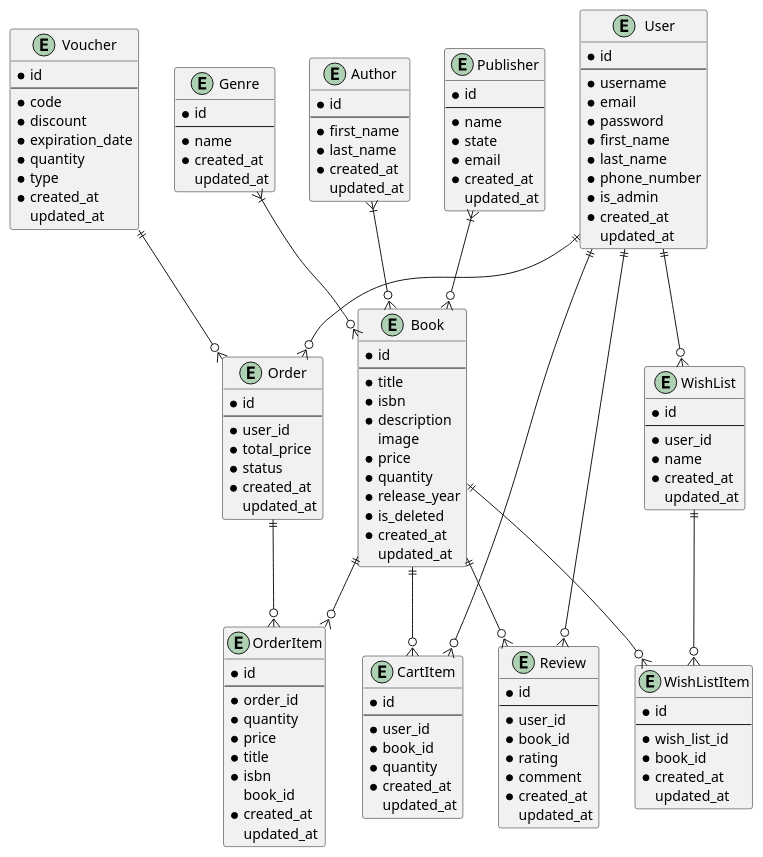
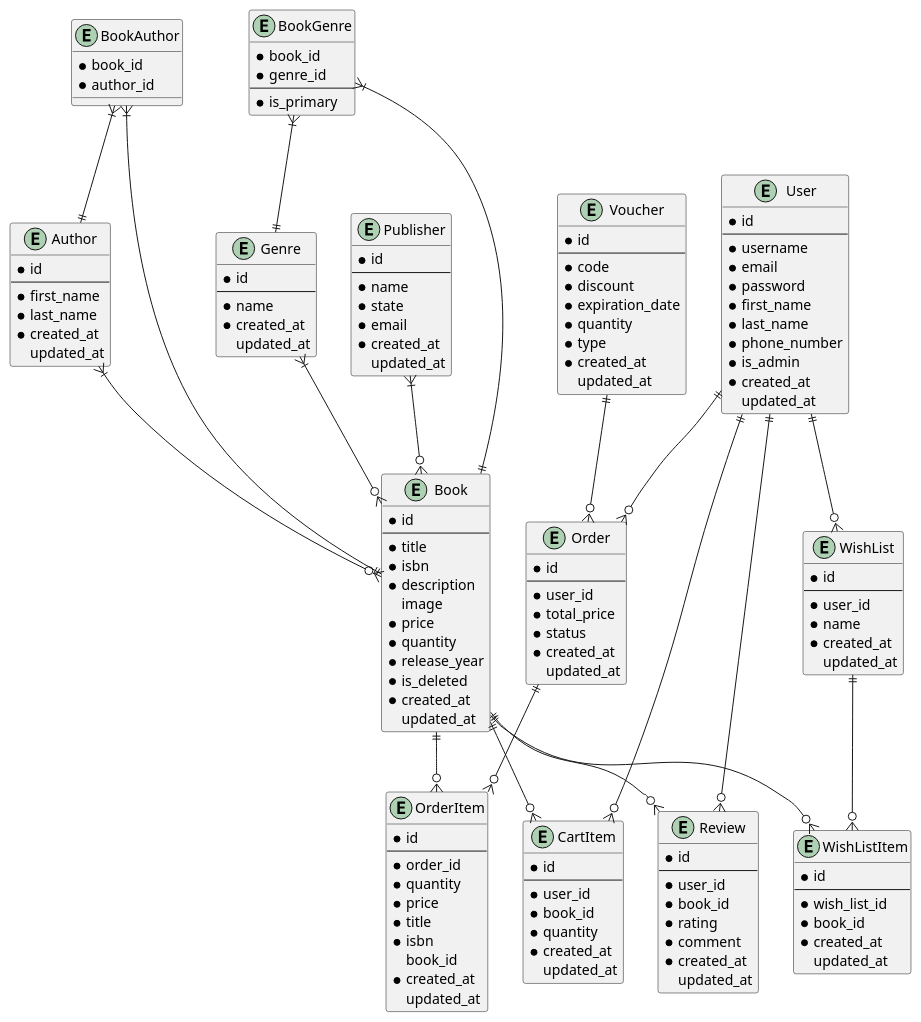
The diagram in Resources/Diagrams/ERD.puml (kacvinsky-tom/BookHub), drawn with PlantUML before and after one commit. The commit also changed 3 other files, not shown here.

Commit message:
update readme, erd diagram

```diff
--- a/Resources/Diagrams/ERD.puml
+++ b/Resources/Diagrams/ERD.puml
@@ -1,146 +1,162 @@
 @startuml
 entity User {
     *id
     --
     *username
     *email
     *password
     *first_name
     *last_name
     *phone_number
     *is_admin
     *created_at
     updated_at
 }
 
 entity Book {
     *id
     --
     *title
     *isbn
     *description
     image
     *price
     *quantity
     *release_year
     *is_deleted
     *created_at
     updated_at
 }
 
 entity Genre {
     *id
     --
     *name
     *created_at
     updated_at
+}
+
+entity BookGenre {
+    *book_id
+    *genre_id
+    --
+    *is_primary
+}
+
+entity BookAuthor {
+    *book_id
+    *author_id
 }
 
 entity Author {
     *id
     --
     *first_name
     *last_name
     *created_at
     updated_at
 }
 
 entity Publisher {
     *id
     --
     *name
     *state
     *email
     *created_at
     updated_at
 }
 
 entity Order {
     *id
     --
     *user_id
     *total_price
     *status
     *created_at
     updated_at
 }
 
 entity OrderItem {
     *id
     --
     *order_id
     *quantity
     *price
     *title
     *isbn
     book_id
     *created_at
     updated_at
 }
 
 entity CartItem {
     *id
     --
     *user_id
     *book_id
     *quantity
     *created_at
     updated_at
 }
 
 entity Review {
     *id
     --
     *user_id
     *book_id
     *rating
     *comment
     *created_at
     updated_at
 }
 
 entity WishList {
     *id
     --
     *user_id
     *name
     *created_at
     updated_at
 }
 
 entity WishListItem {
     *id
     --
     *wish_list_id
     *book_id
     *created_at
     updated_at
 }
 
 entity Voucher {
     *id
     --
     *code
     *discount
     *expiration_date
     *quantity
     *type
     *created_at
     updated_at
 }
 
 Voucher ||--o{ Order
 User ||--o{ Order
 Order ||--o{ OrderItem
 User ||--o{ CartItem
 Book ||--o{ CartItem
 User ||--o{ Review
 Book ||--o{ Review
 User ||--o{ WishList
 WishList ||--o{ WishListItem
+BookGenre }|--|| Book
+BookGenre }|--|| Genre
+BookAuthor }|--|| Book
+BookAuthor }|--|| Author
 Book ||--o{ WishListItem
 Book ||--o{ OrderItem
 Author }|--o{ Book
 Publisher }|--o{ Book
 Genre }|--o{ Book
 @enduml
```
